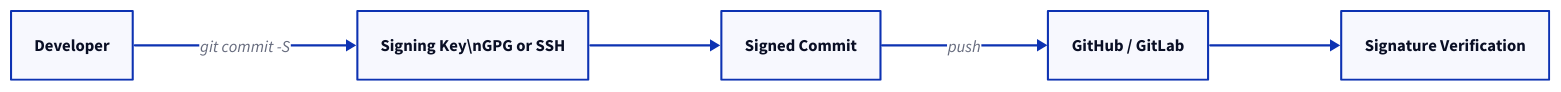
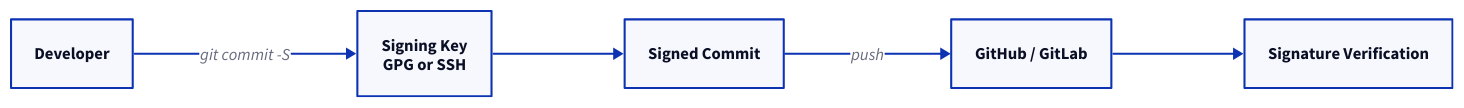
The diagram in docs/git/signed-commits-and-git-security.md (rebash-rebash/rebash-academy), drawn with D2 before and after one commit. The commit also changed 177 other files, not shown here.

First line of the commit message:
Ship Terraform track, diagram polish, and new brand favicon.

````diff
--- a/docs/git/signed-commits-and-git-security.md
+++ b/docs/git/signed-commits-and-git-security.md
@@ -48,13 +48,13 @@
 ```d2
 direction: right
 
 DEV: Developer
-    KEY: "Signing Key\\nGPG or SSH"
+    KEY: "Signing Key\nGPG or SSH"
     COMMIT: "Signed Commit"
     REMOTE: "GitHub / GitLab"
     VERIFY: "Signature Verification"
     DEV -> KEY: "git commit -S"
     KEY -> COMMIT
     COMMIT -> REMOTE: push
     REMOTE -> VERIFY
 ```
````
